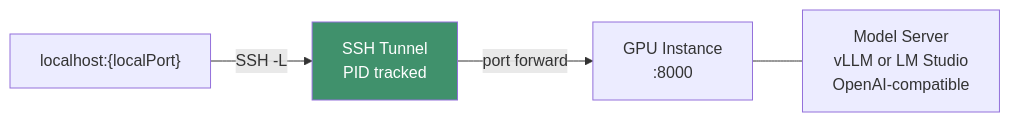
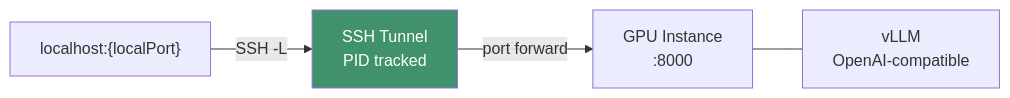
One commit to WWTLF/mycodeagent changed the sixth of 6 diagrams in docs/Solution.md. Above: the diagram before and after it, drawn with Mermaid. The commit also changed other lines of this file and 25 other files, not shown here.

````diff
--- a/docs/Solution.md
+++ b/docs/Solution.md
@@ -416,8 +334,7 @@
 ```mermaid
 graph LR
     CLIENT["localhost:{localPort}"] -->|SSH -L| TUNNEL["SSH Tunnel<br/>PID tracked"]
     TUNNEL -->|port forward| REMOTE["GPU Instance<br/>:8000"]
-    REMOTE --- SERVER["Model Server<br/>vLLM or LM Studio<br/>OpenAI-compatible"]
-
+    REMOTE --- SERVER["vLLM<br/>OpenAI-compatible"]
     style TUNNEL fill:#40916c,color:#fff
 ```
````
